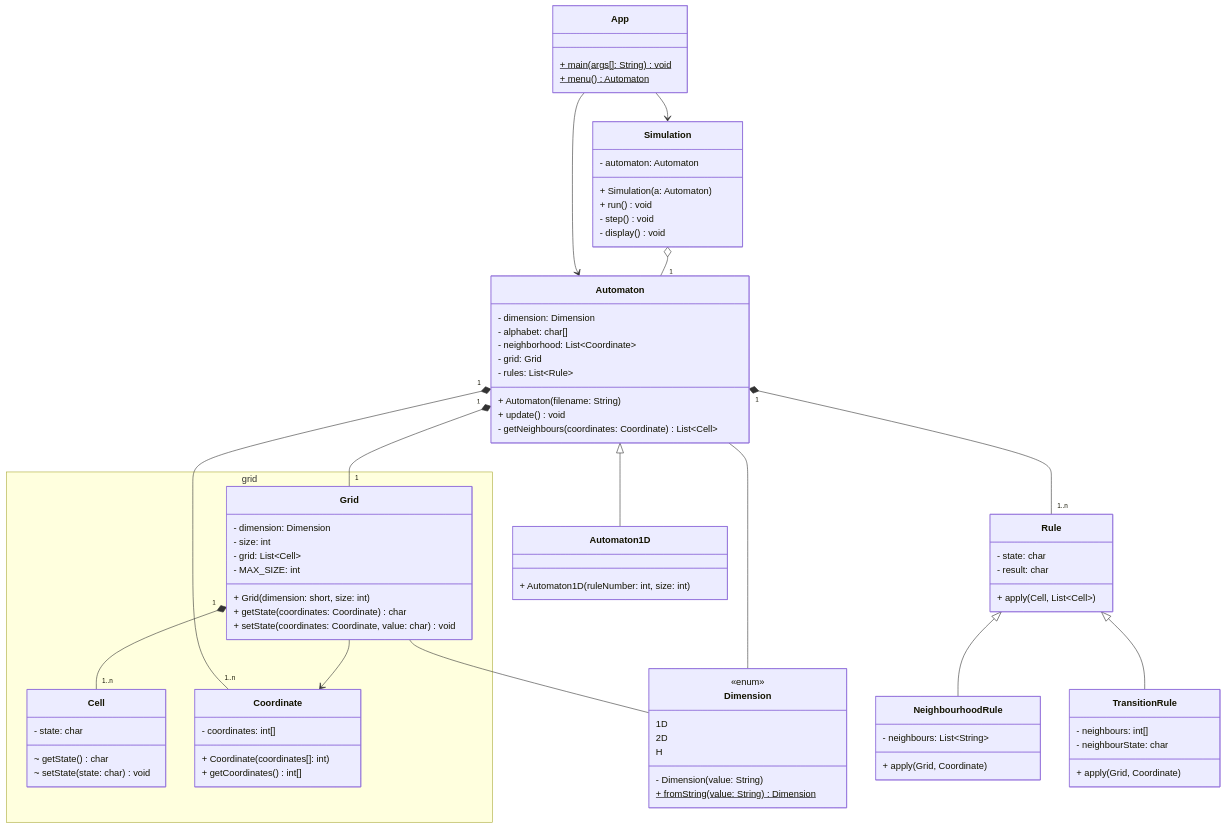
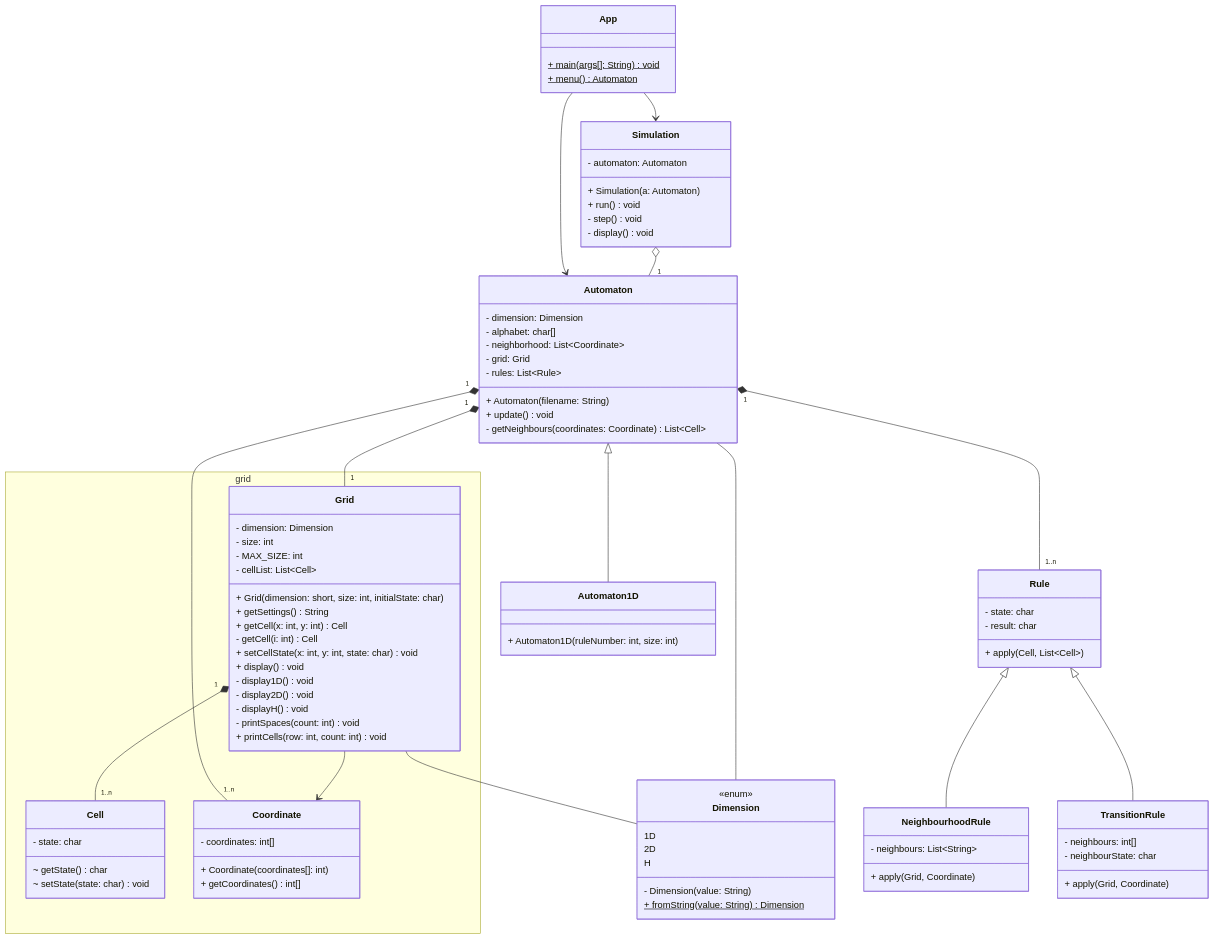
The diagram in doc/uml/classDiagram.md (rrrroo/APO_Automates), drawn with Mermaid before and after one commit. The commit also changed 8 other files, not shown here.

```diff
--- a/doc/uml/classDiagram.md
+++ b/doc/uml/classDiagram.md
@@ -47,12 +47,20 @@
         class Grid {
             - dimension: Dimension
             - size: int
-            - grid: List~Cell~
             - MAX_SIZE: int
+            - cellList: List~Cell~
 
-            + Grid(dimension: short, size: int)
-            + getState(coordinates: Coordinate) char
-            + setState(coordinates: Coordinate, value: char) void
+            + Grid(dimension: short, size: int, initialState: char)
+            + getSettings() String
+            + getCell(x: int, y: int) Cell
+            - getCell(i: int) Cell
+            + setCellState(x: int, y: int, state: char) void
+            + display() void
+            - display1D() void
+            - display2D() void
+            - displayH() void
+            - printSpaces(count: int) void
+            + printCells(row: int, count: int) void
         }
 
         class Cell {
```
